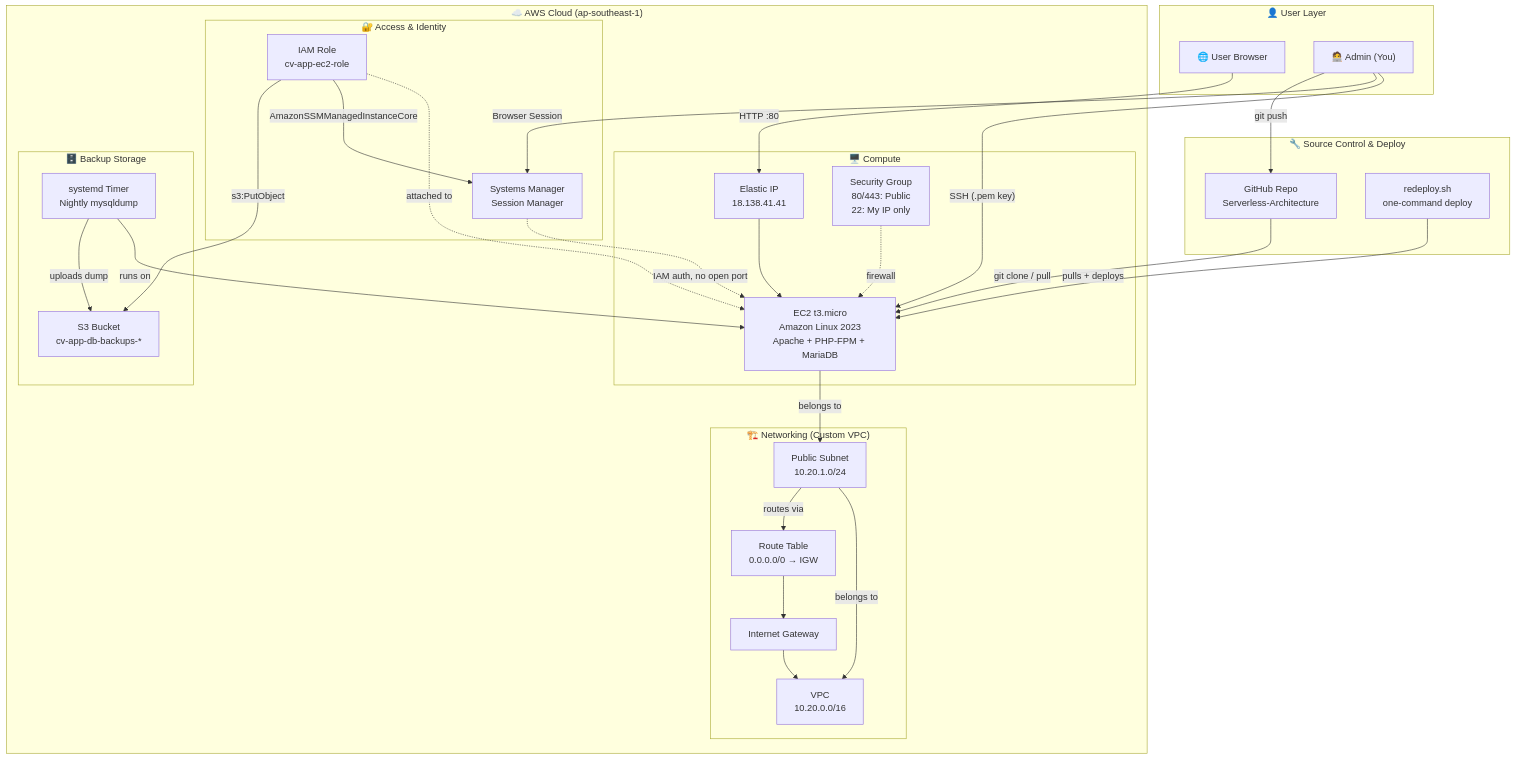
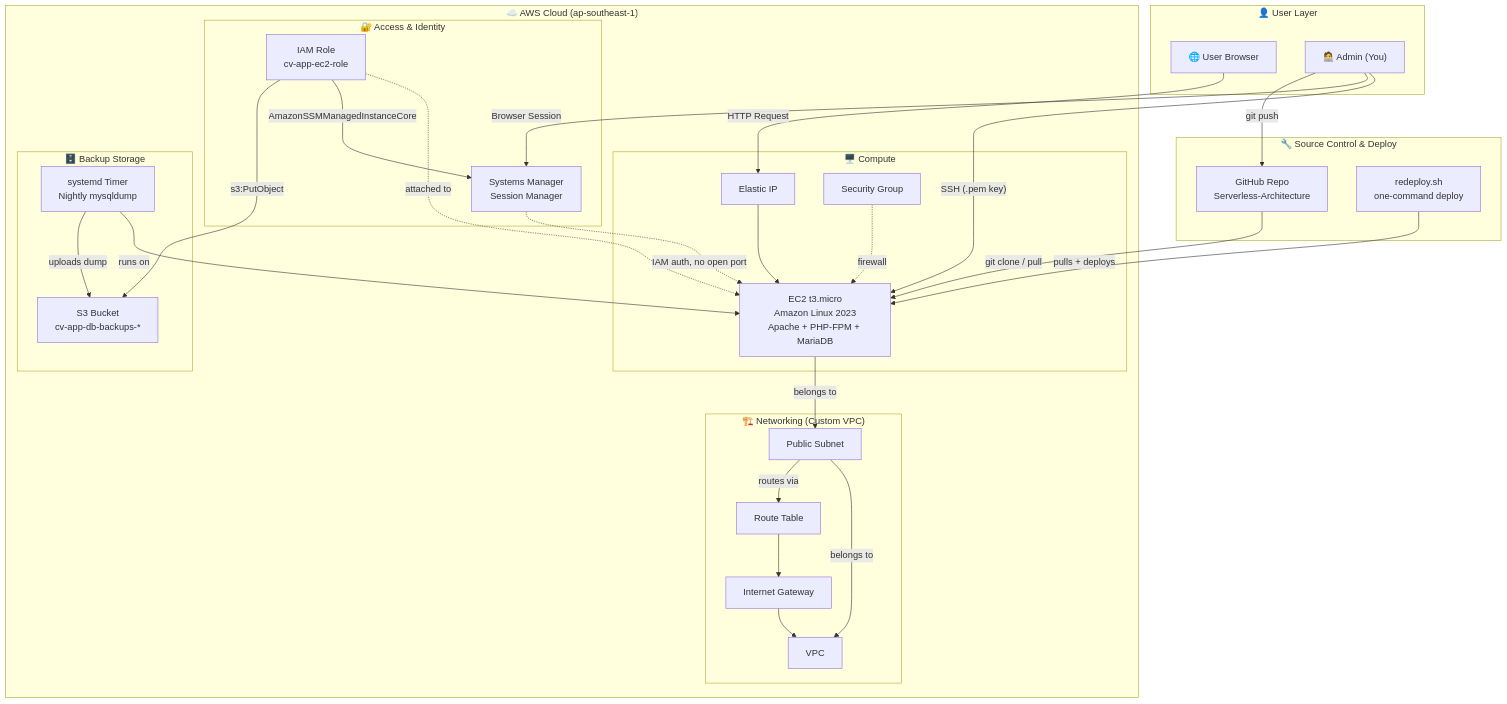
One commit to fendi-321/Serverless-Architecture changed the diagram in diagrams/ec2-cv-app-architecture.mmd. Above: the diagram before and after it, drawn with Mermaid. The commit also changed 1 other file, not shown here.

Commit message:
Remove IP addresses and port/security group details from EC2 architecture diagram

```diff
--- a/diagrams/ec2-cv-app-architecture.mmd
+++ b/diagrams/ec2-cv-app-architecture.mmd
@@ -1,55 +1,57 @@
 graph TB
     subgraph "👤 User Layer"
         Browser["🌐 User Browser"]
         Admin["🧑‍💻 Admin (You)"]
     end
 
     subgraph "☁️ AWS Cloud (ap-southeast-1)"
         subgraph "🏗️ Networking (Custom VPC)"
-            VPC["VPC<br/>10.20.0.0/16"]
-            Subnet["Public Subnet<br/>10.20.1.0/24"]
+            VPC["VPC"]
+            Subnet["Public Subnet"]
             IGW["Internet Gateway"]
-            RT["Route Table<br/>0.0.0.0/0 → IGW"]
+            RT["Route Table"]
         end
 
         subgraph "🖥️ Compute"
-            EIP["Elastic IP<br/>18.138.41.41"]
-            SG["Security Group<br/>80/443: Public<br/>22: My IP only"]
+            EIP["Elastic IP"]
+            SG["Security Group"]
             EC2["EC2 t3.micro<br/>Amazon Linux 2023<br/>Apache + PHP-FPM + MariaDB"]
         end
+
 
         subgraph "🔐 Access & Identity"
             SSM["Systems Manager<br/>Session Manager"]
             IAMRole["IAM Role<br/>cv-app-ec2-role"]
         end
 
         subgraph "🗄️ Backup Storage"
             S3Backup["S3 Bucket<br/>cv-app-db-backups-*"]
             Timer["systemd Timer<br/>Nightly mysqldump"]
         end
     end
 
     subgraph "🔧 Source Control & Deploy"
         GitHub["GitHub Repo<br/>Serverless-Architecture"]
         Redeploy["redeploy.sh<br/>one-command deploy"]
     end
 
     Admin -->|"SSH (.pem key)"| EC2
     Admin -->|"Browser Session"| SSM
     SSM -.->|"IAM auth, no open port"| EC2
-    Browser -->|"HTTP :80"| EIP
+    Browser -->|"HTTP Request"| EIP
+
     EIP --> EC2
     EC2 -->|"belongs to"| Subnet
     Subnet -->|"belongs to"| VPC
     Subnet -->|"routes via"| RT
     RT --> IGW
     IGW --> VPC
     SG -.->|"firewall"| EC2
     IAMRole -.->|"attached to"| EC2
     IAMRole -->|"AmazonSSMManagedInstanceCore"| SSM
     IAMRole -->|"s3:PutObject"| S3Backup
     Timer -->|"runs on"| EC2
     Timer -->|"uploads dump"| S3Backup
     GitHub -->|"git clone / pull"| EC2
     Redeploy -->|"pulls + deploys"| EC2
     Admin -->|"git push"| GitHub
```
